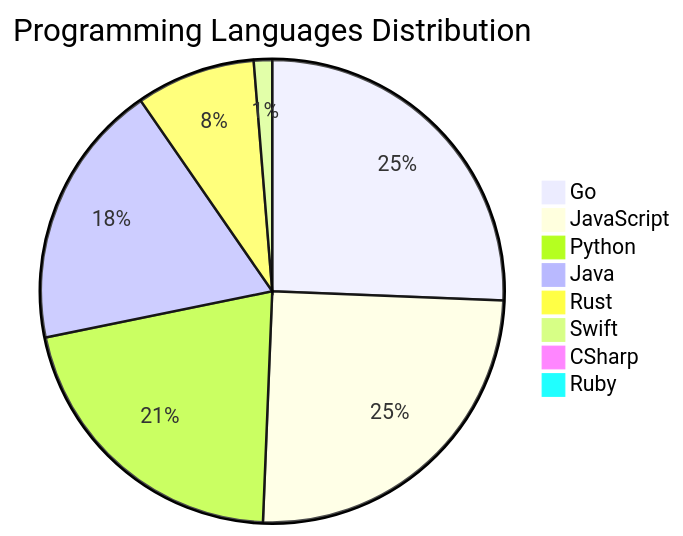
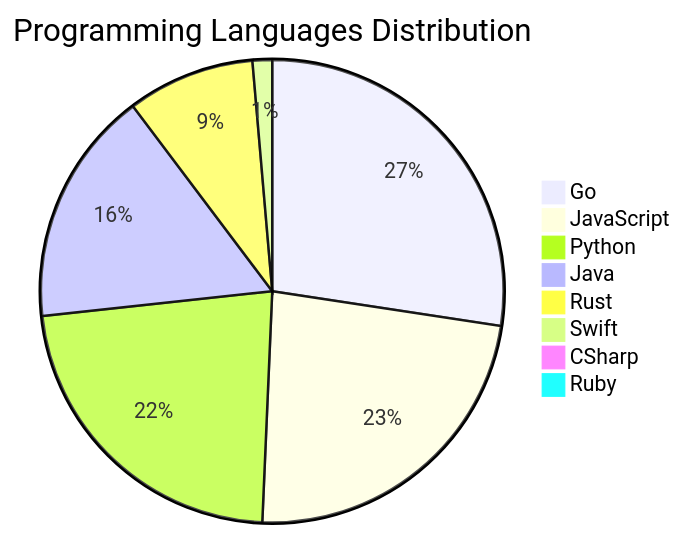
One commit to Derrick-MUGISHA/github-activity-bot changed the diagram in README.md. Above: the diagram before and after it, drawn with Mermaid. The commit also changed other lines of this file and 4 other files, not shown here.

````diff
--- a/README.md
+++ b/README.md
@@ -208,11 +208,11 @@
 ```mermaid
 pie title Programming Languages Distribution
     "Go" : 40
-    "JavaScript" : 39
+    "JavaScript" : 34
     "Python" : 33
-    "Java" : 29
+    "Java" : 24
     "Rust" : 13
     "Swift" : 2
     "CSharp" : 1
     "Ruby" : 1
 ```
````
